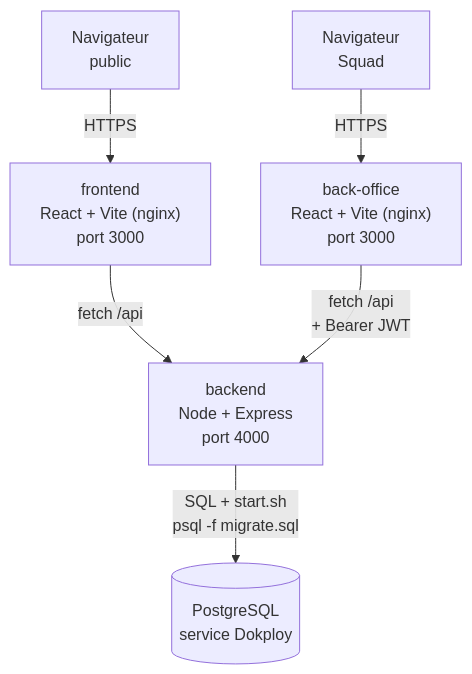
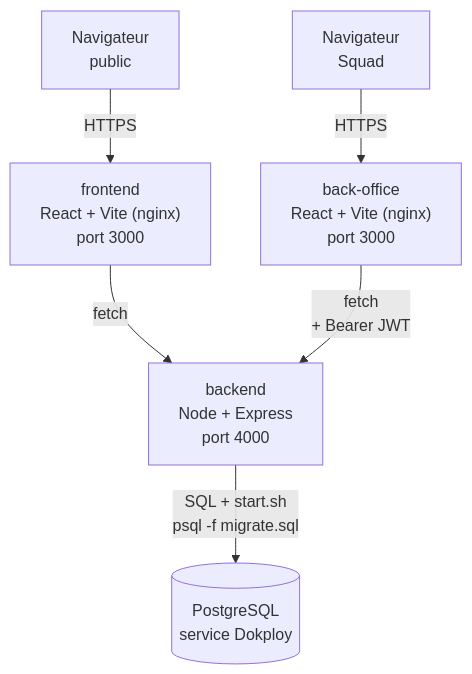
One commit to Flammeduciel/s17-squad15-orienta changed the diagram in deploy.md. Above: the diagram before and after it, drawn with Mermaid. The commit also changed 2 other files, not shown here.

Commit message:
fix(docs): servir l'API à la racine et pointer la vraie production
Le backend expose ses routes sans préfixe /api (/health répond, /api/health renvoie 404). Le contrat déclarait http://localhost:4000/api et un domaine de production fictif : il pointe maintenant http://localhost:4000 et https://api-orienta.flamme.work. Le README et le schéma du guide de déploiement suivent.

````diff
--- a/deploy.md
+++ b/deploy.md
@@ -13,8 +13,8 @@
 ```mermaid
 flowchart TD
     NAV[Navigateur<br/>public] -->|HTTPS| FE["frontend<br/>React + Vite (nginx)<br/>port 3000"]
     ADM[Navigateur<br/>Squad] -->|HTTPS| BO["back-office<br/>React + Vite (nginx)<br/>port 3000"]
-    FE -->|fetch /api| BE["backend<br/>Node + Express<br/>port 4000"]
-    BO -->|fetch /api<br/>+ Bearer JWT| BE
+    FE -->|fetch| BE["backend<br/>Node + Express<br/>port 4000"]
+    BO -->|fetch<br/>+ Bearer JWT| BE
     BE -->|SQL + start.sh<br/>psql -f migrate.sql| DB[("PostgreSQL<br/>service Dokploy")]
 ```
````
